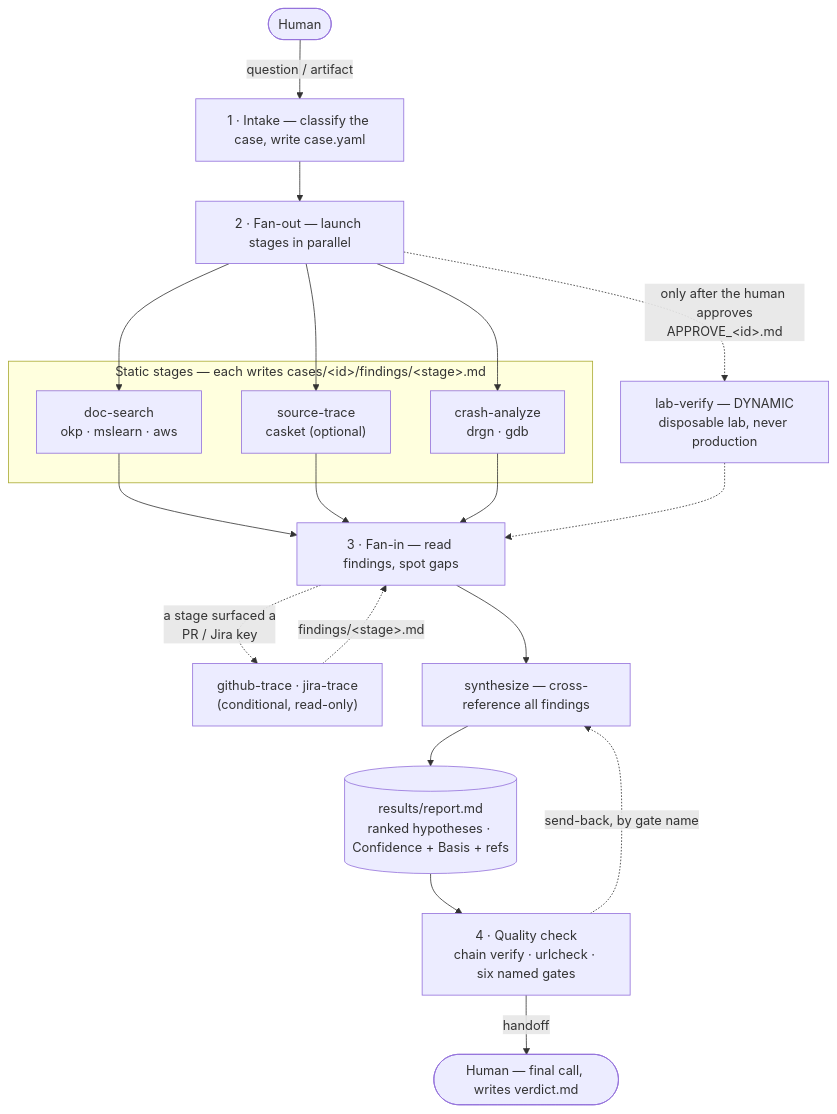
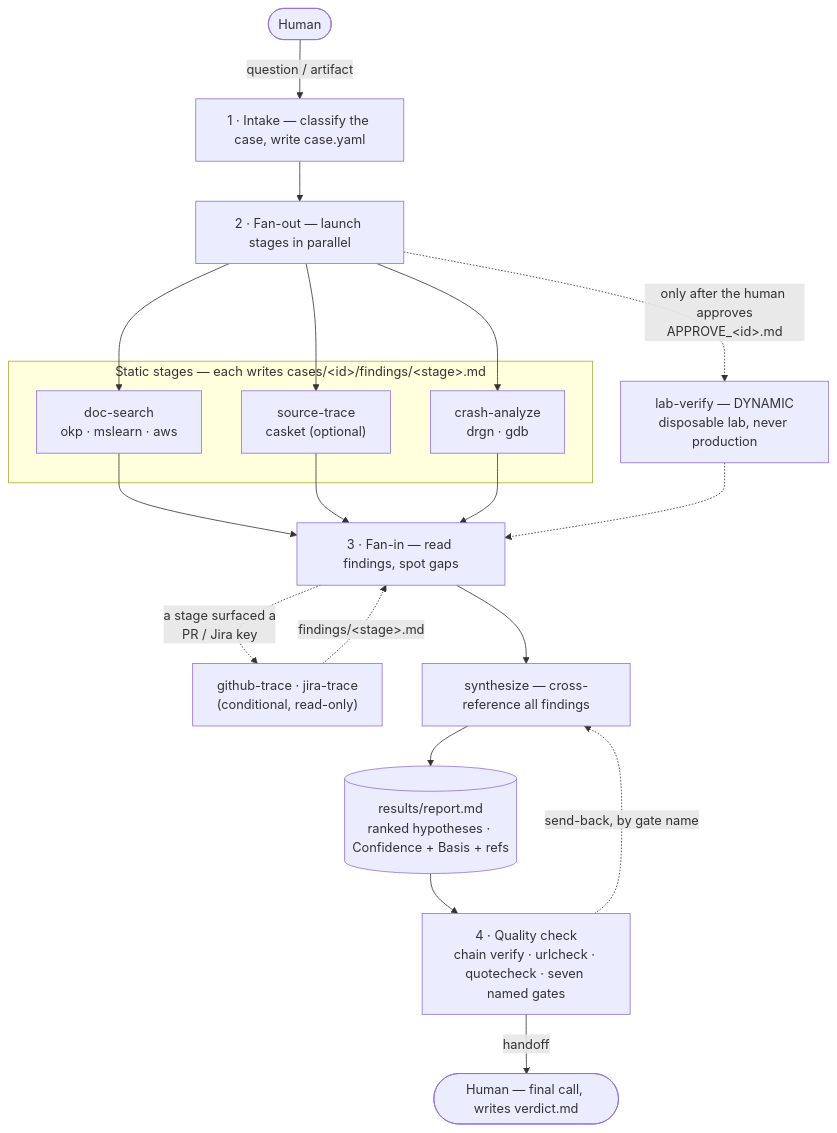
Before and after one commit to nogunix/janus: the first of 2 diagrams in README.md, drawn with Mermaid. The commit also changed other lines of this file and 9 other files, not shown here.

````diff
--- a/README.md
+++ b/README.md
@@ -33,32 +33,32 @@
 ```mermaid
 flowchart TD
     human(["Human"]) -->|"question / artifact"| intake
 
     intake["1&nbsp;· Intake — classify the case, write case.yaml"] --> fanout
     fanout["2&nbsp;· Fan-out — launch stages in parallel"]
 
     subgraph stages["Static stages — each writes cases/&lt;id&gt;/findings/&lt;stage&gt;.md"]
         ds["doc-search<br/>okp · mslearn · aws"]
         st["source-trace<br/>casket (optional)"]
         ca["crash-analyze<br/>drgn · gdb"]
     end
 
     lv["lab-verify — DYNAMIC<br/>disposable lab, never production"]
 
     fanout --> ds & st & ca
     fanout -.->|"only after the human approves<br/>APPROVE_&lt;id&gt;.md"| lv
 
     ds & st & ca --> fanin
     lv -.-> fanin
     fanin["3&nbsp;· Fan-in — read findings, spot gaps"]
 
     follow["github-trace · jira-trace<br/>(conditional, read-only)"]
     fanin -.->|"a stage surfaced a<br/>PR / Jira key"| follow
     follow -.->|"findings/&lt;stage&gt;.md"| fanin
 
     fanin --> syn["synthesize — cross-reference all findings"]
     syn --> report[("results/report.md<br/>ranked hypotheses · Confidence + Basis + refs")]
-    report --> qc["4&nbsp;· Quality check<br/>chain verify · urlcheck · six named gates"]
+    report --> qc["4&nbsp;· Quality check<br/>chain verify · urlcheck · quotecheck · seven named gates"]
     qc -.->|"send-back, by gate name"| syn
     qc -->|"handoff"| human2(["Human — final call, writes verdict.md"])
 ```
````
